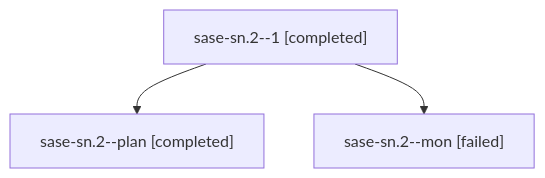
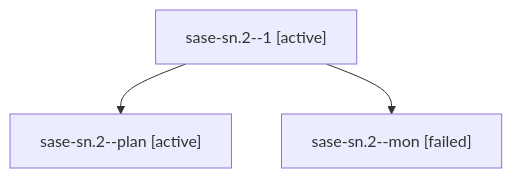
Before and after one commit to sase-org/sase--agents: the diagram in families/bbugyi200.athena.sase-sn.2.md, drawn with Mermaid. The commit also changed other lines of this file and 35830 other files, not shown here.

````diff
--- a/families/bbugyi200.athena.sase-sn.2.md
+++ b/families/bbugyi200.athena.sase-sn.2.md
@@ -9,8 +9,8 @@
 ```mermaid
 flowchart TD
-  n0["sase-sn.2--1 [completed]"]
-  n1["sase-sn.2--plan [completed]"]
+  n0["sase-sn.2--1 [active]"]
+  n1["sase-sn.2--plan [active]"]
   n0 --> n1
   n2["sase-sn.2--mon [failed]"]
   n0 --> n2
 ```
````
